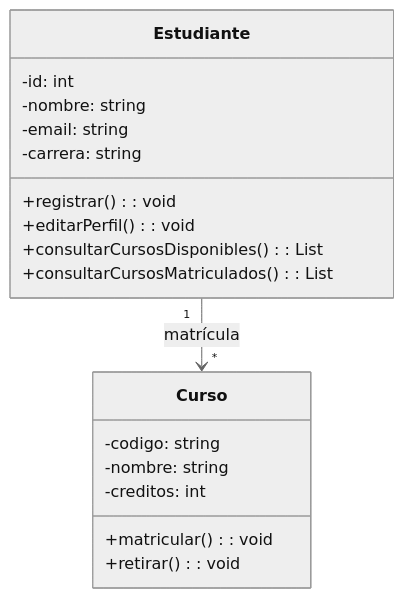
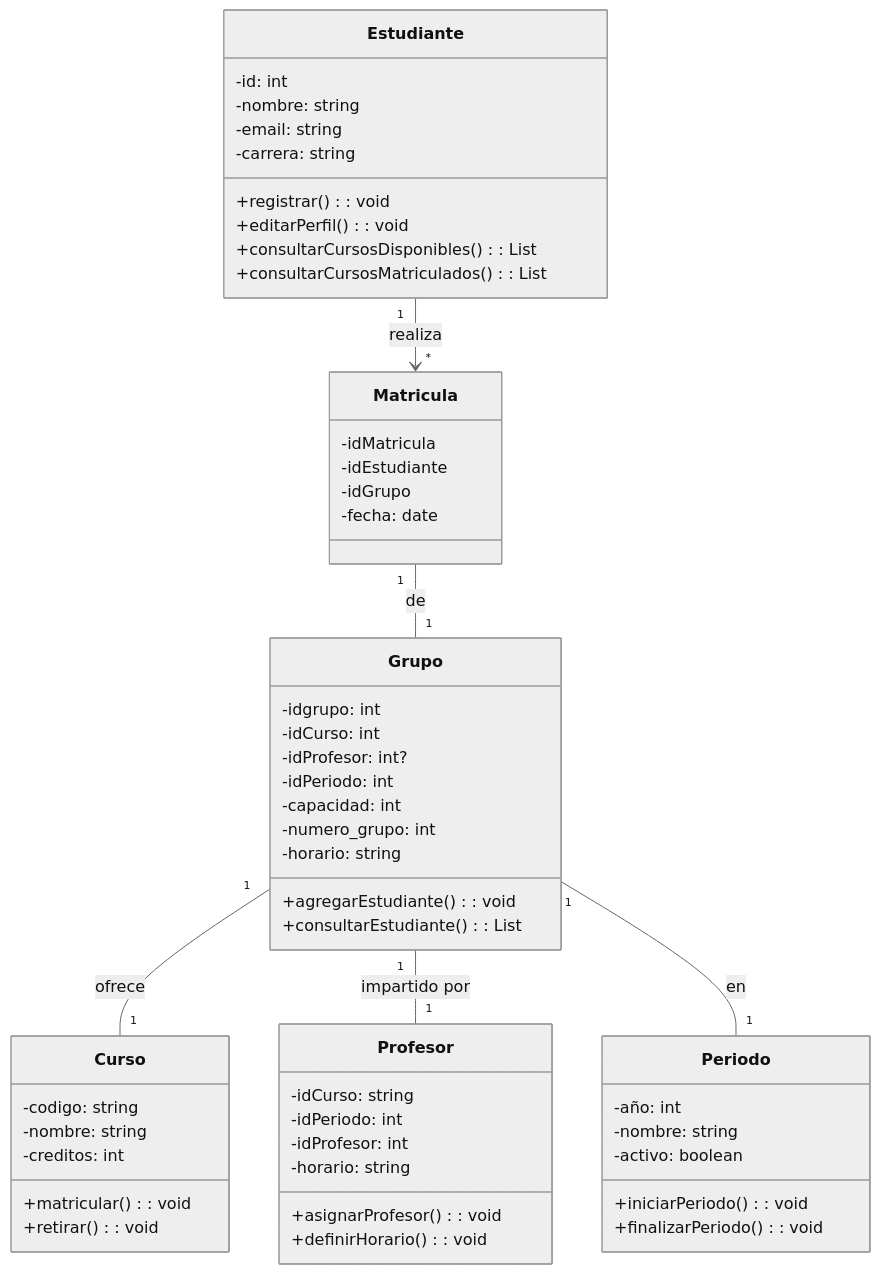
The diagram in Diagrama de clase.mmd (jq123071/II-51-Laboratorios), drawn with Mermaid (neutral theme) before and after one commit. The commit also changed 1 other file, not shown here.

Commit message:
Actualizar diagrama

```diff
--- a/Diagrama de clase.mmd
+++ b/Diagrama de clase.mmd
@@ -1,21 +1,67 @@
 classDiagram
     class Estudiante {
         -id: int
         -nombre: string
         -email: string
         -carrera: string
         +registrar(): void
         +editarPerfil(): void
         +consultarCursosDisponibles(): List<Curso>
         +consultarCursosMatriculados(): List<Curso>
     }
  
     class Curso {
         -codigo: string
         -nombre: string
         -creditos: int
         +matricular(): void
         +retirar(): void
     }
- 
-    Estudiante "1" --> "*" Curso : matrícula
+
+    class Periodo {
+        -año: int
+        -nombre: string
+        -activo: boolean
+        +iniciarPeriodo(): void
+        +finalizarPeriodo(): void
+
+    }
+
+
+    class Profesor {
+        -idCurso: string 
+        -idPeriodo: int
+        -idProfesor: int
+        -horario: string
+        +asignarProfesor(): void
+        +definirHorario(): void
+
+    }
+
+    class Matricula {
+        -idMatricula
+        -idEstudiante 
+        -idGrupo
+        -fecha: date
+
+  }
+
+
+    class Grupo {
+        -idgrupo: int
+        -idCurso: int 
+        -idProfesor: int?
+        -idPeriodo: int
+        -capacidad: int
+        -numero_grupo: int
+        -horario: string
+        +agregarEstudiante(): void
+        +consultarEstudiante(): List<Estudiante>
+
+  }
+
+    Grupo "1" -- "1" Curso : ofrece
+    Grupo "1" -- "1" Profesor : impartido por
+    Grupo "1" -- "1" Periodo : en
+    Estudiante "1" --> "*" Matricula : realiza
+    Matricula "1" -- "1" Grupo : de
```
